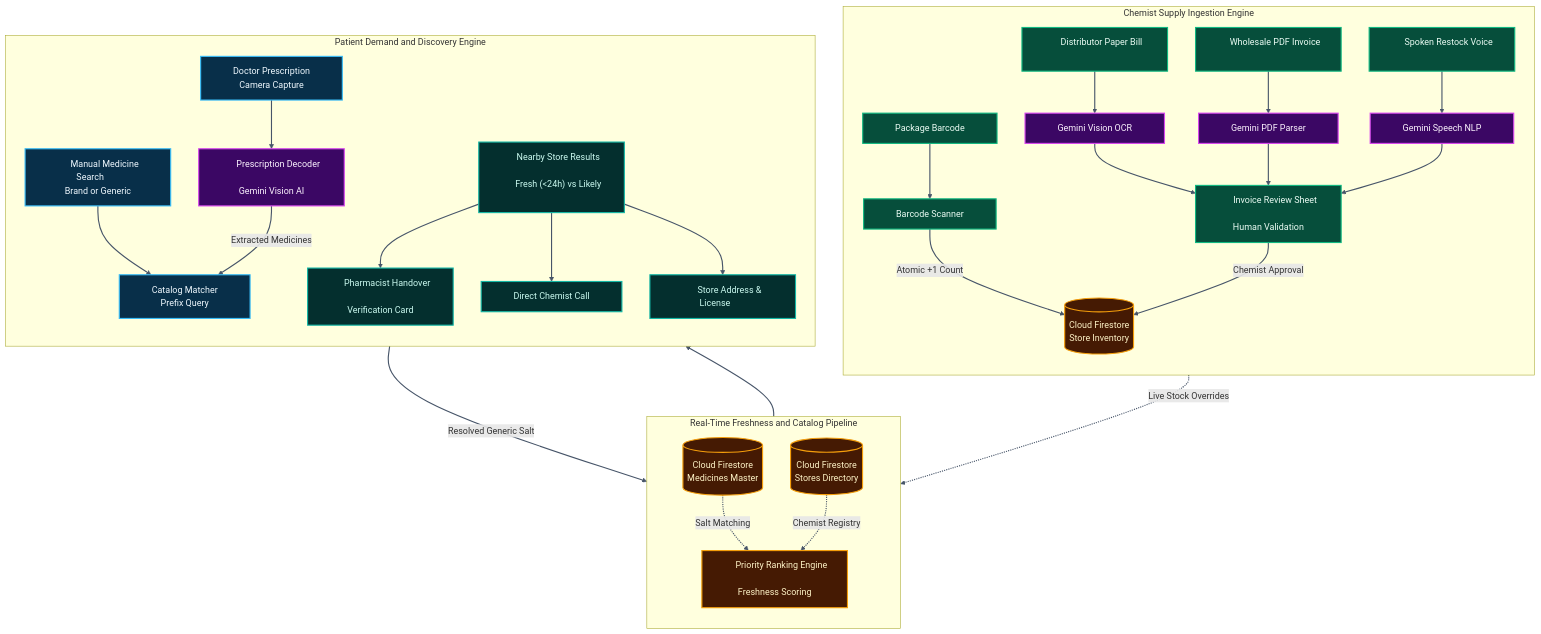
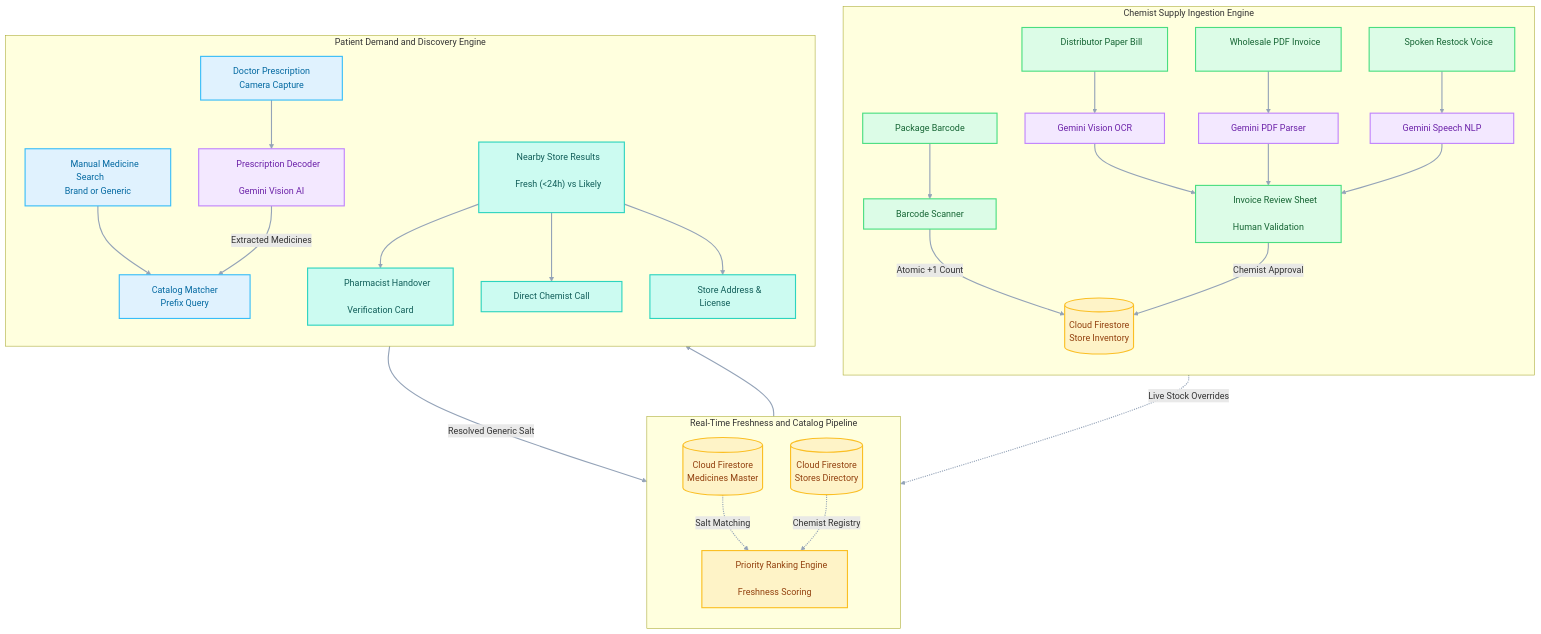
Before and after one commit to Parth-Chavan-15/MedSetu-TechSprint: the second of 6 diagrams in README.md, drawn with Mermaid. The commit also changed other lines of this file, not shown here.

Commit message:
style: apply soft pastel palettes across all diagrams and wrap large flowcharts in expandable details blocks

````diff
--- a/README.md
+++ b/README.md
@@ -116,53 +121,53 @@
 ```mermaid
 flowchart TB
     subgraph ChemistEngine["Chemist Supply Ingestion Engine"]
         direction TB
         C_INV["&nbsp;&nbsp;&nbsp;&nbsp;&nbsp;&nbsp; Distributor Paper Bill &nbsp;&nbsp;&nbsp;&nbsp;&nbsp;&nbsp;"] --> G_INV["&nbsp;&nbsp;&nbsp;&nbsp;&nbsp;&nbsp; Gemini Vision OCR &nbsp;&nbsp;&nbsp;&nbsp;&nbsp;&nbsp;"]
         C_PDF["&nbsp;&nbsp;&nbsp;&nbsp;&nbsp;&nbsp; Wholesale PDF Invoice &nbsp;&nbsp;&nbsp;&nbsp;&nbsp;&nbsp;"] --> G_PDF["&nbsp;&nbsp;&nbsp;&nbsp;&nbsp;&nbsp; Gemini PDF Parser &nbsp;&nbsp;&nbsp;&nbsp;&nbsp;&nbsp;"]
         C_VOICE["&nbsp;&nbsp;&nbsp;&nbsp;&nbsp;&nbsp; Spoken Restock Voice &nbsp;&nbsp;&nbsp;&nbsp;&nbsp;&nbsp;"] --> G_NLP["&nbsp;&nbsp;&nbsp;&nbsp;&nbsp;&nbsp; Gemini Speech NLP &nbsp;&nbsp;&nbsp;&nbsp;&nbsp;&nbsp;"]
         C_BC["&nbsp;&nbsp;&nbsp;&nbsp;&nbsp;&nbsp; Package Barcode &nbsp;&nbsp;&nbsp;&nbsp;&nbsp;&nbsp;"] --> BC_SCAN["&nbsp;&nbsp;&nbsp;&nbsp;&nbsp;&nbsp; Barcode Scanner &nbsp;&nbsp;&nbsp;&nbsp;&nbsp;&nbsp;"]
 
         G_INV --> IRS["&nbsp;&nbsp;&nbsp;&nbsp;&nbsp;&nbsp; Invoice Review Sheet &nbsp;&nbsp;&nbsp;&nbsp;&nbsp;&nbsp;<br/>&nbsp;&nbsp;&nbsp;&nbsp;&nbsp;&nbsp; Human Validation &nbsp;&nbsp;&nbsp;&nbsp;&nbsp;&nbsp;"]
         G_PDF --> IRS
         G_NLP --> IRS
         BC_SCAN -->|Atomic +1 Count| FS_INV
         IRS -->|Chemist Approval| FS_INV[(" Cloud Firestore <br/> Store Inventory ")]
     end
 
     subgraph CoreEngine["Real-Time Freshness and Catalog Pipeline"]
         direction TB
         FS_MED[(" Cloud Firestore <br/> Medicines Master ")]
         FS_STORES[(" Cloud Firestore <br/> Stores Directory ")]
 
         FS_INV -.->|Live Stock Overrides| RANK["&nbsp;&nbsp;&nbsp;&nbsp;&nbsp;&nbsp; Priority Ranking Engine &nbsp;&nbsp;&nbsp;&nbsp;&nbsp;&nbsp;<br/>&nbsp;&nbsp;&nbsp;&nbsp;&nbsp;&nbsp; Freshness Scoring &nbsp;&nbsp;&nbsp;&nbsp;&nbsp;&nbsp;"]
         FS_MED -.->|Salt Matching| RANK
         FS_STORES -.->|Chemist Registry| RANK
     end
 
     subgraph PatientEngine["Patient Demand and Discovery Engine"]
         direction TB
         P_RX["&nbsp;&nbsp;&nbsp;&nbsp;&nbsp;&nbsp; Doctor Prescription &nbsp;&nbsp;&nbsp;&nbsp;&nbsp;&nbsp;<br/>&nbsp;&nbsp;&nbsp;&nbsp;&nbsp;&nbsp; Camera Capture &nbsp;&nbsp;&nbsp;&nbsp;&nbsp;&nbsp;"] --> G_RX["&nbsp;&nbsp;&nbsp;&nbsp;&nbsp;&nbsp; Prescription Decoder &nbsp;&nbsp;&nbsp;&nbsp;&nbsp;&nbsp;<br/>&nbsp;&nbsp;&nbsp;&nbsp;&nbsp;&nbsp; Gemini Vision AI &nbsp;&nbsp;&nbsp;&nbsp;&nbsp;&nbsp;"]
         P_TXT["&nbsp;&nbsp;&nbsp;&nbsp;&nbsp;&nbsp; Manual Medicine Search &nbsp;&nbsp;&nbsp;&nbsp;&nbsp;&nbsp;<br/>&nbsp;&nbsp;&nbsp;&nbsp;&nbsp;&nbsp; Brand or Generic &nbsp;&nbsp;&nbsp;&nbsp;&nbsp;&nbsp;"] --> MATCH["&nbsp;&nbsp;&nbsp;&nbsp;&nbsp;&nbsp; Catalog Matcher &nbsp;&nbsp;&nbsp;&nbsp;&nbsp;&nbsp;<br/>&nbsp;&nbsp;&nbsp;&nbsp;&nbsp;&nbsp; Prefix Query &nbsp;&nbsp;&nbsp;&nbsp;&nbsp;&nbsp;"]
         G_RX -->|Extracted Medicines| MATCH
         MATCH -->|Resolved Generic Salt| RANK
 
         RANK --> UI_STORES["&nbsp;&nbsp;&nbsp;&nbsp;&nbsp;&nbsp; Nearby Store Results &nbsp;&nbsp;&nbsp;&nbsp;&nbsp;&nbsp;<br/>&nbsp;&nbsp;&nbsp;&nbsp;&nbsp;&nbsp; Fresh (<24h) vs Likely &nbsp;&nbsp;&nbsp;&nbsp;&nbsp;&nbsp;"]
         UI_STORES --> ACT_CARD["&nbsp;&nbsp;&nbsp;&nbsp;&nbsp;&nbsp; Pharmacist Handover &nbsp;&nbsp;&nbsp;&nbsp;&nbsp;&nbsp;<br/>&nbsp;&nbsp;&nbsp;&nbsp;&nbsp;&nbsp; Verification Card &nbsp;&nbsp;&nbsp;&nbsp;&nbsp;&nbsp;"]
         UI_STORES --> ACT_CALL["&nbsp;&nbsp;&nbsp;&nbsp;&nbsp;&nbsp; Direct Chemist Call &nbsp;&nbsp;&nbsp;&nbsp;&nbsp;&nbsp;"]
         UI_STORES --> ACT_INFO["&nbsp;&nbsp;&nbsp;&nbsp;&nbsp;&nbsp; Store Address & License &nbsp;&nbsp;&nbsp;&nbsp;&nbsp;&nbsp;"]
     end
 
-    classDef chemist fill:#064E3B,stroke:#10B981,color:#ECFDF5,stroke-width:2px;
-    classDef patient fill:#082F49,stroke:#38BDF8,color:#F0F9FF,stroke-width:2px;
-    classDef ai fill:#3B0764,stroke:#D946EF,color:#FDF4FF,stroke-width:2px;
-    classDef firestore fill:#451A03,stroke:#F59E0B,color:#FEF3C7,stroke-width:2px;
-    classDef output fill:#042F2E,stroke:#14B8A6,color:#CCFBF1,stroke-width:2px;
+    classDef chemist fill:#DCFCE7,stroke:#4ADE80,color:#166534,stroke-width:2px;
+    classDef patient fill:#E0F2FE,stroke:#38BDF8,color:#0369A1,stroke-width:2px;
+    classDef ai fill:#F3E8FF,stroke:#C084FC,color:#6B21A8,stroke-width:2px;
+    classDef firestore fill:#FEF3C7,stroke:#FBBF24,color:#92400E,stroke-width:2px;
+    classDef output fill:#CCFBF1,stroke:#2DD4BF,color:#115E59,stroke-width:2px;
 
     class C_INV,C_PDF,C_VOICE,C_BC,BC_SCAN,IRS chemist;
     class P_RX,P_TXT,MATCH patient;
     class G_INV,G_PDF,G_NLP,G_RX ai;
     class FS_INV,FS_MED,FS_STORES,RANK firestore;
     class UI_STORES,ACT_CARD,ACT_CALL,ACT_INFO output;
 
-    linkStyle default stroke:#475569,stroke-width:2px;
+    linkStyle default stroke:#94A3B8,stroke-width:2px;
 ```
````
